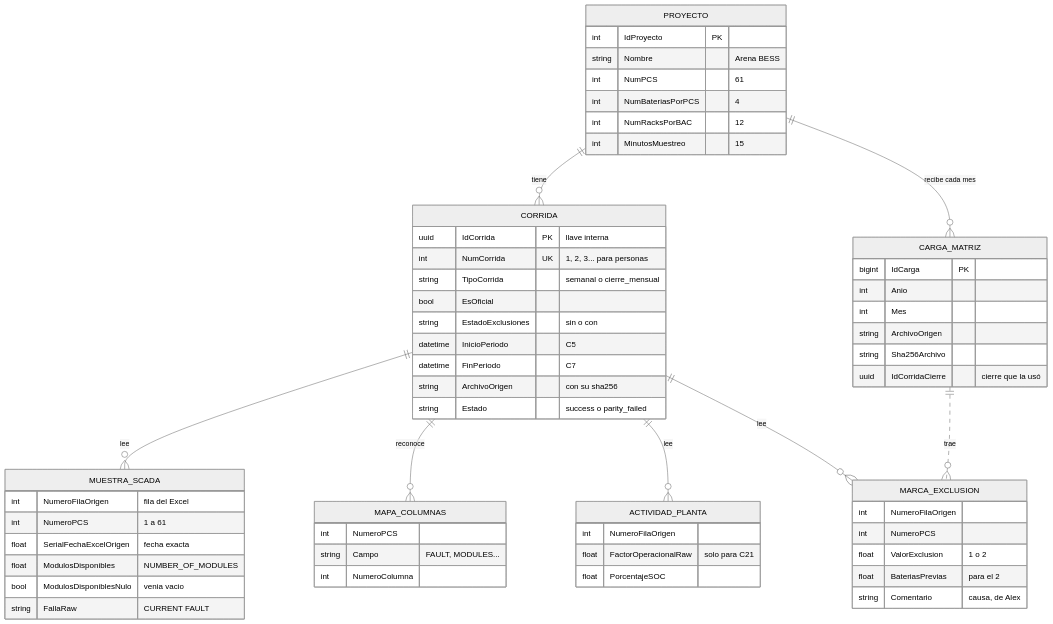
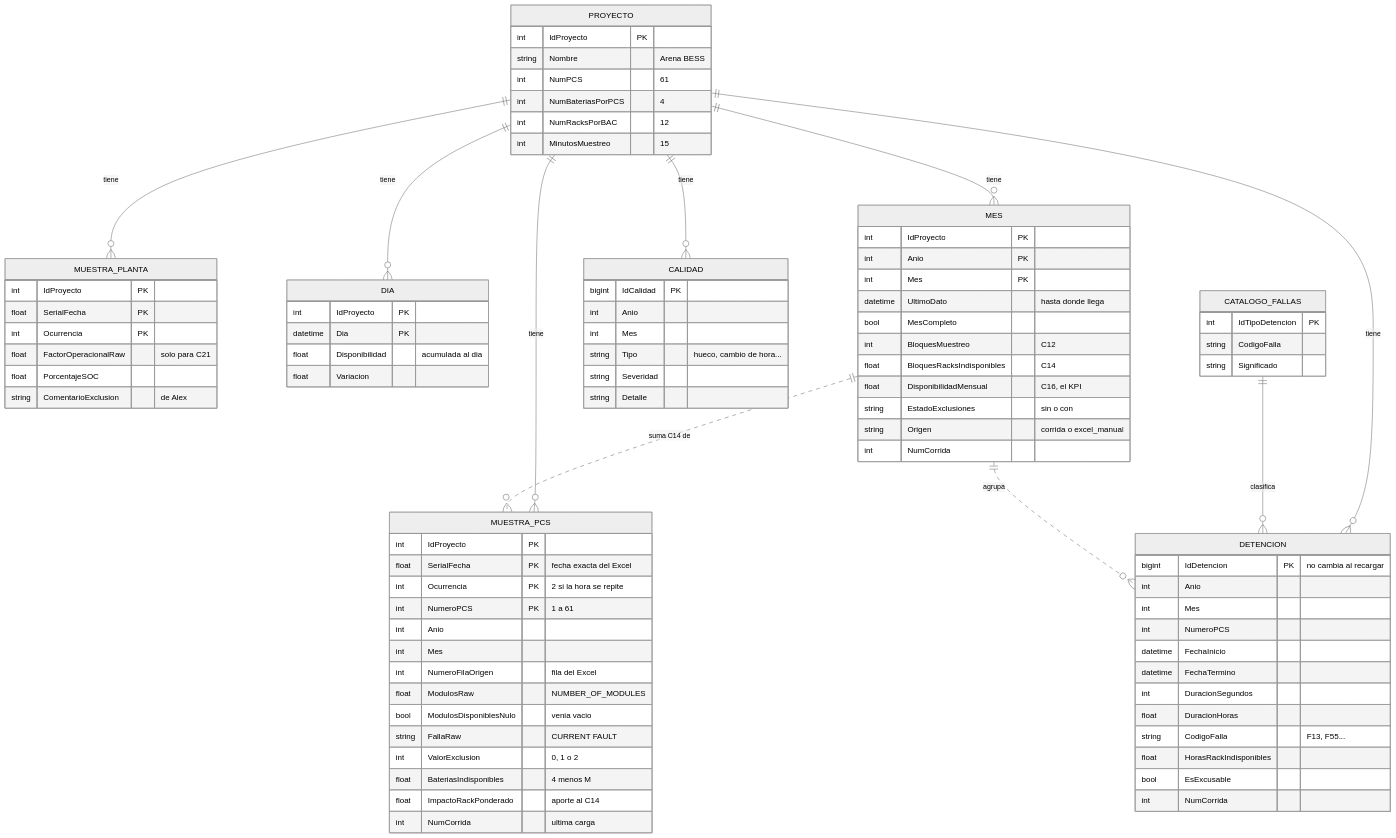
One commit to franciscobarrientoscaceres/ETL_Arena changed the fourth of 6 diagrams in docs/modelo-datos.md. Above: the diagram before and after it, drawn with Mermaid. The commit also changed other lines of this file and 45 other files, not shown here.

````diff
--- a/docs/modelo-datos.md
+++ b/docs/modelo-datos.md
@@ -140,13 +162,15 @@
 ```mermaid
 %%{init: {'theme':'neutral'}}%%
 erDiagram
-    PROYECTO ||--o{ CORRIDA : "tiene"
-    PROYECTO ||--o{ CARGA_MATRIZ : "recibe cada mes"
-    CORRIDA ||--o{ MUESTRA_SCADA : "lee"
-    CORRIDA ||--o{ MAPA_COLUMNAS : "reconoce"
-    CORRIDA ||--o{ ACTIVIDAD_PLANTA : "lee"
-    CORRIDA ||--o{ MARCA_EXCLUSION : "lee"
-    CARGA_MATRIZ ||..o{ MARCA_EXCLUSION : "trae"
+    PROYECTO ||--o{ MUESTRA_PCS : "tiene"
+    PROYECTO ||--o{ MUESTRA_PLANTA : "tiene"
+    PROYECTO ||--o{ DETENCION : "tiene"
+    PROYECTO ||--o{ DIA : "tiene"
+    PROYECTO ||--o{ MES : "tiene"
+    PROYECTO ||--o{ CALIDAD : "tiene"
+    CATALOGO_FALLAS ||--o{ DETENCION : "clasifica"
+    MES ||..o{ MUESTRA_PCS : "suma C14 de"
+    MES ||..o{ DETENCION : "agrupa"
 
     PROYECTO {
         int IdProyecto PK
@@ -156,48 +180,74 @@
         int NumRacksPorBAC "12"
         int MinutosMuestreo "15"
     }
-    CORRIDA {
-        uuid IdCorrida PK "llave interna"
-        int NumCorrida UK "1, 2, 3... para personas"
-        string TipoCorrida "semanal o cierre_mensual"
-        bool EsOficial
-        string EstadoExclusiones "sin o con"
-        datetime InicioPeriodo "C5"
-        datetime FinPeriodo "C7"
-        string ArchivoOrigen "con su sha256"
-        string Estado "success o parity_failed"
-    }
-    MUESTRA_SCADA {
+    MUESTRA_PCS {
+        int IdProyecto PK
+        float SerialFecha PK "fecha exacta del Excel"
+        int Ocurrencia PK "2 si la hora se repite"
+        int NumeroPCS PK "1 a 61"
+        int Anio
+        int Mes
         int NumeroFilaOrigen "fila del Excel"
-        int NumeroPCS "1 a 61"
-        float SerialFechaExcelOrigen "fecha exacta"
-        float ModulosDisponibles "NUMBER_OF_MODULES"
+        float ModulosRaw "NUMBER_OF_MODULES"
         bool ModulosDisponiblesNulo "venia vacio"
         string FallaRaw "CURRENT FAULT"
+        int ValorExclusion "0, 1 o 2"
+        float BateriasIndisponibles "4 menos M"
+        float ImpactoRackPonderado "aporte al C14"
+        int NumCorrida "ultima carga"
     }
-    MAPA_COLUMNAS {
-        int NumeroPCS
-        string Campo "FAULT, MODULES..."
-        int NumeroColumna
-    }
-    ACTIVIDAD_PLANTA {
-        int NumeroFilaOrigen
+    MUESTRA_PLANTA {
+        int IdProyecto PK
+        float SerialFecha PK
+        int Ocurrencia PK
         float FactorOperacionalRaw "solo para C21"
         float PorcentajeSOC
+        string ComentarioExclusion "de Alex"
     }
-    MARCA_EXCLUSION {
-        int NumeroFilaOrigen
-        int NumeroPCS
-        float ValorExclusion "1 o 2"
-        float BateriasPrevias "para el 2"
-        string Comentario "causa, de Alex"
-    }
-    CARGA_MATRIZ {
-        bigint IdCarga PK
+    DETENCION {
+        bigint IdDetencion PK "no cambia al recargar"
         int Anio
         int Mes
-        string ArchivoOrigen
-        string Sha256Archivo
-        uuid IdCorridaCierre "cierre que la usó"
+        int NumeroPCS
+        datetime FechaInicio
+        datetime FechaTermino
+        int DuracionSegundos
+        float DuracionHoras
+        string CodigoFalla "F13, F55..."
+        float HorasRackIndisponibles
+        bool EsExcusable
+        int NumCorrida
+    }
+    DIA {
+        int IdProyecto PK
+        datetime Dia PK
+        float Disponibilidad "acumulada al dia"
+        float Variacion
+    }
+    MES {
+        int IdProyecto PK
+        int Anio PK
+        int Mes PK
+        datetime UltimoDato "hasta donde llega"
+        bool MesCompleto
+        int BloquesMuestreo "C12"
+        float BloquesRacksIndisponibles "C14"
+        float DisponibilidadMensual "C16, el KPI"
+        string EstadoExclusiones "sin o con"
+        string Origen "corrida o excel_manual"
+        int NumCorrida
+    }
+    CALIDAD {
+        bigint IdCalidad PK
+        int Anio
+        int Mes
+        string Tipo "hueco, cambio de hora..."
+        string Severidad
+        string Detalle
+    }
+    CATALOGO_FALLAS {
+        int IdTipoDetencion PK
+        string CodigoFalla
+        string Significado
     }
 ```
````
